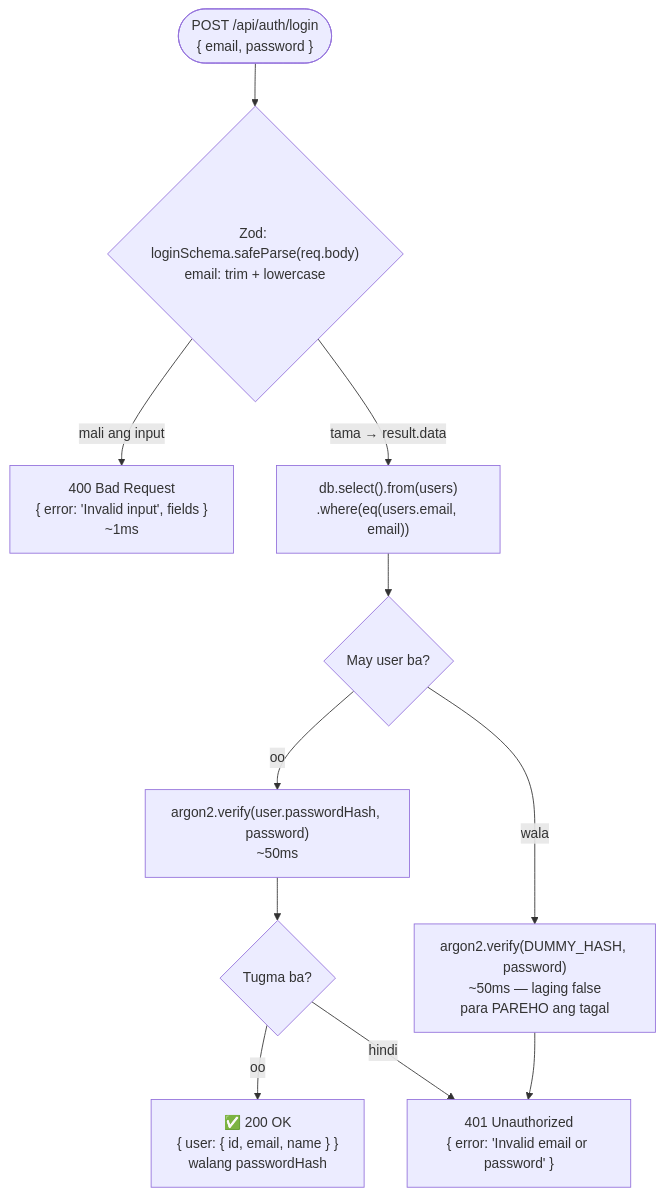
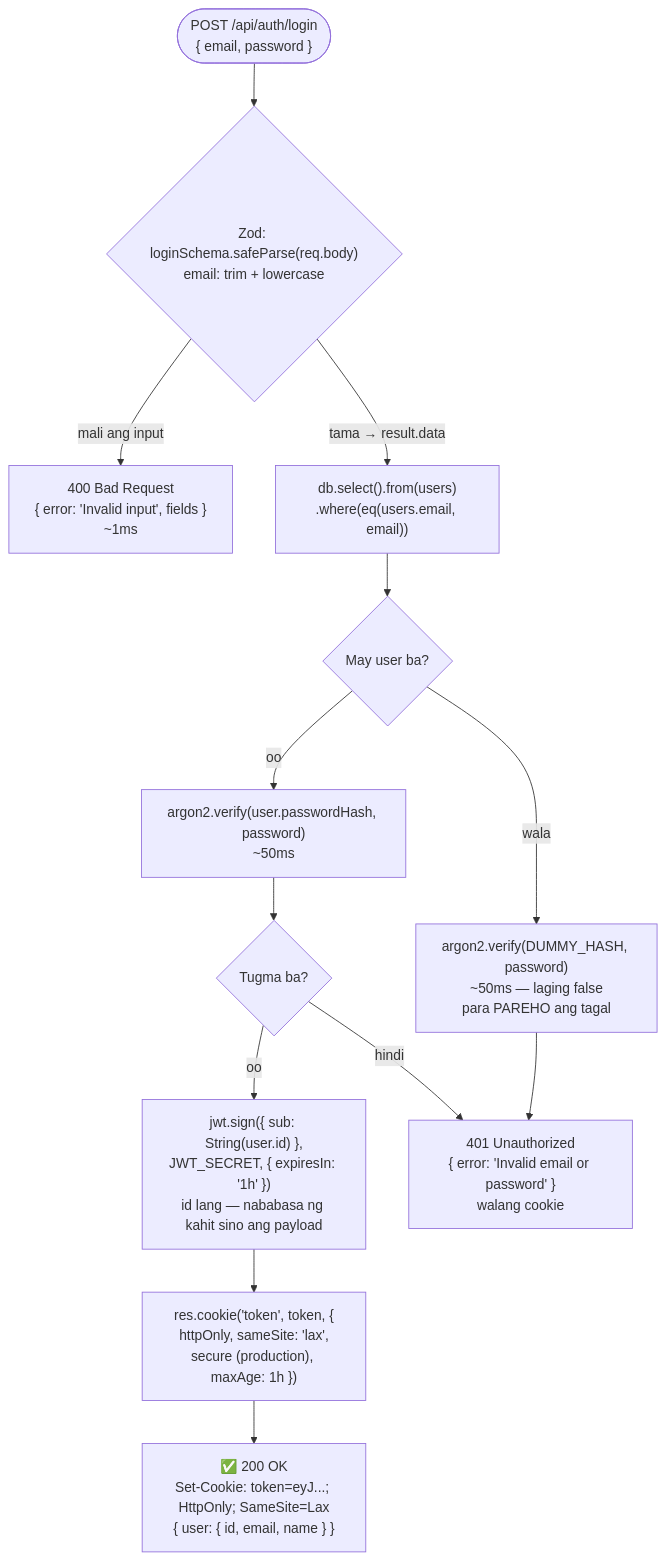
One commit to nelson1869-ai/auth-learning changed the diagram in docs/diagrams/04-login-flow.md. Above: the diagram before and after it, drawn with Mermaid. The commit also changed other lines of this file and 5 other files, not shown here.

First line of the commit message:
docs: JWT cookie in 05-login.http and login flow, D-012 (HS256 first), day 16 notes

````diff
--- a/docs/diagrams/04-login-flow.md
+++ b/docs/diagrams/04-login-flow.md
@@ -10,13 +10,15 @@
 ```mermaid
 flowchart TD
     Req(["POST /api/auth/login<br/>{ email, password }"]) --> Zod{"Zod: loginSchema.safeParse(req.body)<br/>email: trim + lowercase"}
     Zod -->|"mali ang input"| C400["400 Bad Request<br/>{ error: 'Invalid input', fields }<br/>~1ms"]
     Zod -->|"tama → result.data"| Find["db.select().from(users)<br/>.where(eq(users.email, email))"]
     Find --> Has{"May user ba?"}
     Has -->|"oo"| VReal["argon2.verify(user.passwordHash, password)<br/>~50ms"]
     Has -->|"wala"| VDummy["argon2.verify(DUMMY_HASH, password)<br/>~50ms — laging false<br/>para PAREHO ang tagal"]
     VReal --> Ok{"Tugma ba?"}
-    Ok -->|"oo"| C200["✅ 200 OK<br/>{ user: { id, email, name } }<br/>walang passwordHash"]
-    Ok -->|"hindi"| C401["401 Unauthorized<br/>{ error: 'Invalid email or password' }"]
+    Ok -->|"oo"| Sign["jwt.sign({ sub: String(user.id) },<br/>JWT_SECRET, { expiresIn: '1h' })<br/>id lang — nababasa ng kahit sino ang payload"]
+    Sign --> Cookie["res.cookie('token', token, {<br/>httpOnly, sameSite: 'lax',<br/>secure (production), maxAge: 1h })"]
+    Cookie --> C200["✅ 200 OK<br/>Set-Cookie: token=eyJ...; HttpOnly; SameSite=Lax<br/>{ user: { id, email, name } }"]
+    Ok -->|"hindi"| C401["401 Unauthorized<br/>{ error: 'Invalid email or password' }<br/>walang cookie"]
     VDummy --> C401
 ```
````
